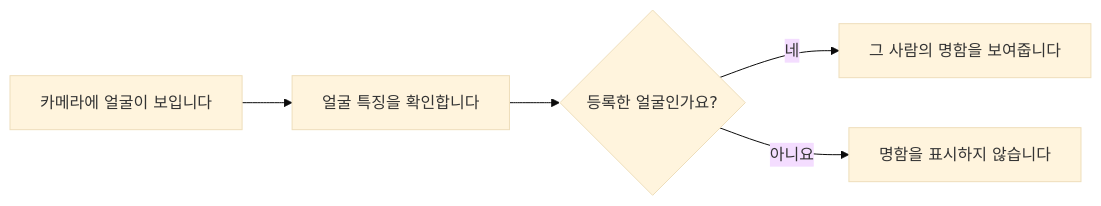
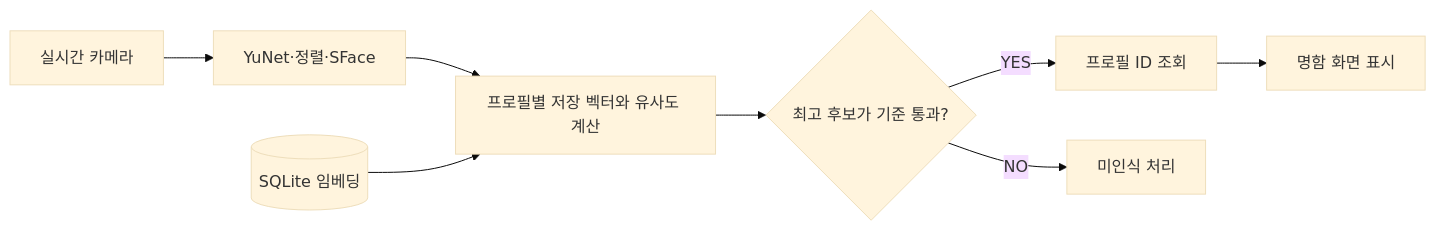
Before and after one commit to SkyBluekor/APPPOFO-PUBLIC: the third of 3 diagrams in Docs/ARCHITECTURE.md, drawn with Mermaid (base theme). The commit also changed other lines of this file and 5 other files, not shown here.

````diff
--- a/Docs/ARCHITECTURE.md
+++ b/Docs/ARCHITECTURE.md
@@ -22,7 +58,10 @@
 ```mermaid
 flowchart LR
- A["카메라에 얼굴이 보입니다"] --> B["얼굴 특징을 확인합니다"]
- B --> C{"등록한 얼굴인가요?"}
- C -->|네| D["그 사람의 명함을 보여줍니다"]
- C -->|아니요| E["명함을 표시하지 않습니다"]
+ A["실시간 카메라"] --> B["YuNet·정렬·SFace"]
+ B --> C["프로필별 저장 벡터와 유사도 계산"]
+ DB[("SQLite 임베딩")] --> C
+ C --> D{"최고 후보가 기준 통과?"}
+ D -->|YES| E["프로필 ID 조회"]
+ E --> F["명함 화면 표시"]
+ D -->|NO| G["미인식 처리"]
 ```
````
